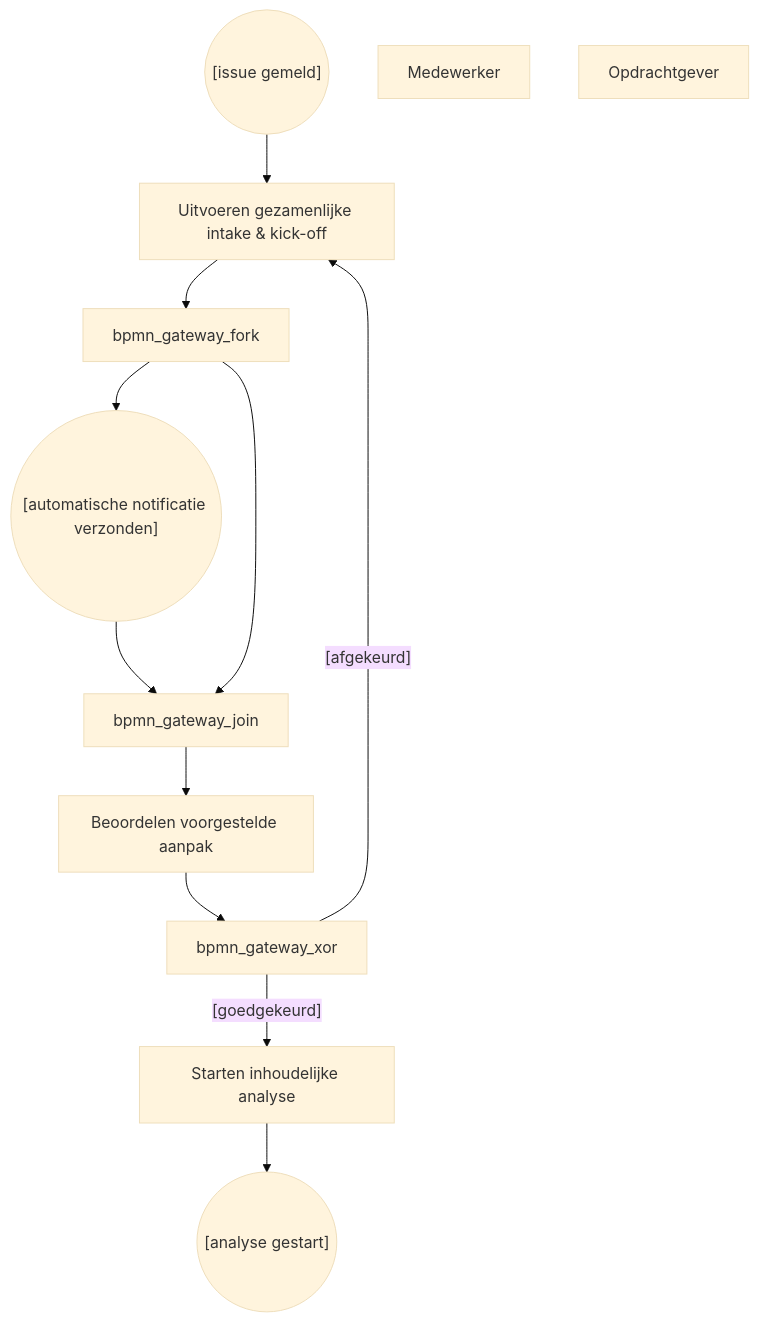
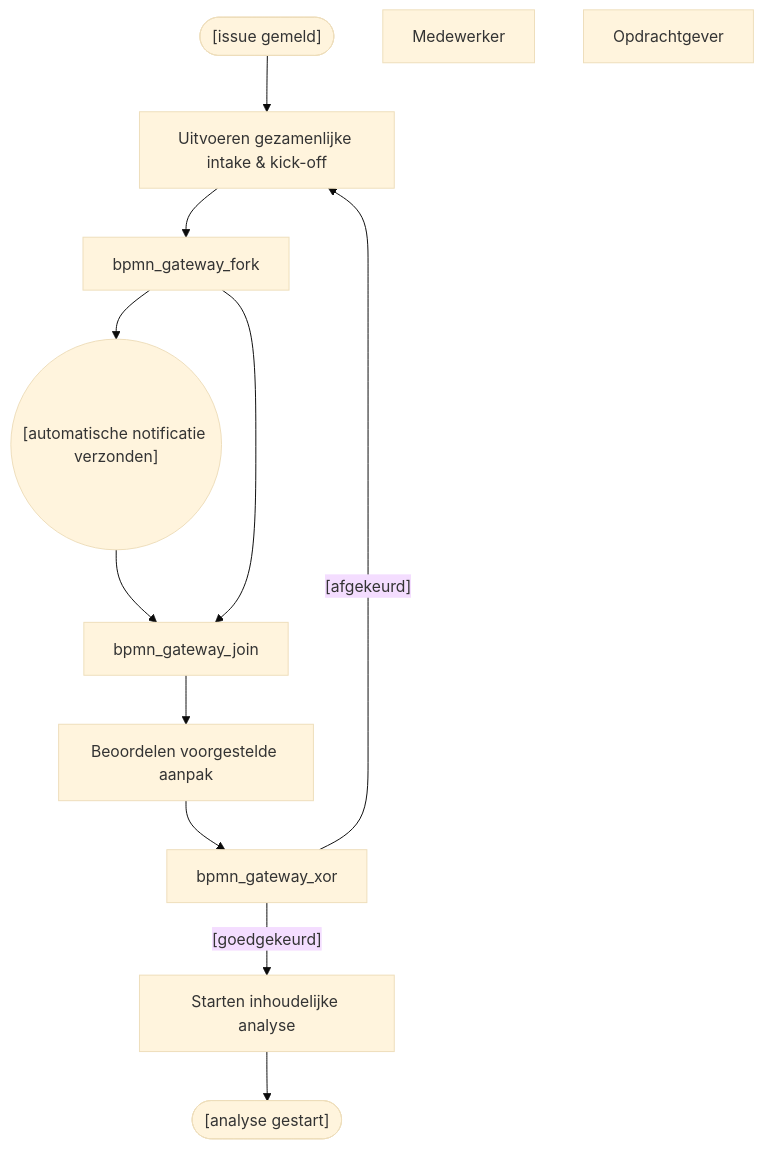
The diagram in 2 Issue Tracker review aanpak.mermaid (Zaibatsu89/IssueTracker), drawn with Mermaid (base theme) before and after one commit. The commit also changed 12 other files, not shown here.

Commit message:
Added support for both BPMN and standard flowchart shapes

```diff
--- a/2 Issue Tracker review aanpak.mermaid
+++ b/2 Issue Tracker review aanpak.mermaid
@@ -1,19 +1,19 @@
-graph TD
-    bpmn_start_event(("[issue gemeld]"))
+flowchart TD
+    bpmn_start_event(["[issue gemeld]"])
     bpmn_task_intake["Uitvoeren gezamenlijke intake & kick-off"]
     bpmn_event_notification(("[automatische notificatie verzonden]"))
     bpmn_task_beoordeling["Beoordelen voorgestelde aanpak"]
     bpmn_task_analyse["Starten inhoudelijke analyse"]
-    bpmn_end_event(("[analyse gestart]"))
+    bpmn_end_event(["[analyse gestart]"])
     mIc6XLMKuAxiAPNymMe0-20["Medewerker"]
     mIc6XLMKuAxiAPNymMe0-21["Opdrachtgever"]
     bpmn_gateway_xor -->|"[goedgekeurd]"| bpmn_task_analyse
     bpmn_gateway_xor -->|"[afgekeurd]"| bpmn_task_intake
     bpmn_start_event --> bpmn_task_intake
     bpmn_task_intake --> bpmn_gateway_fork
     bpmn_gateway_fork --> bpmn_event_notification
     bpmn_event_notification --> bpmn_gateway_join
     bpmn_gateway_fork --> bpmn_gateway_join
     bpmn_gateway_join --> bpmn_task_beoordeling
     bpmn_task_beoordeling --> bpmn_gateway_xor
     bpmn_task_analyse --> bpmn_end_event
```
